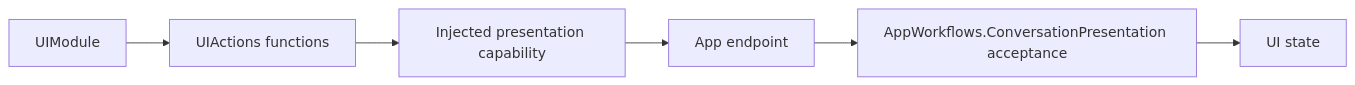
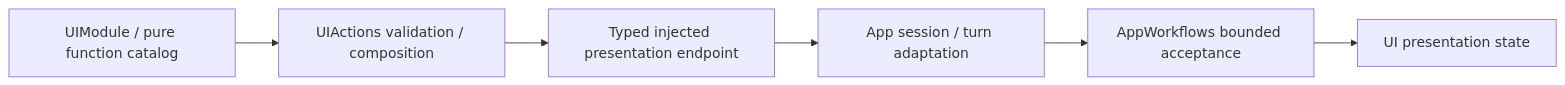
Before and after one commit to devilyouwei/MobileHarness: the diagram in MobileHarness/Actions/UI/Support/README.md, drawn with Mermaid. The commit also changed other lines of this file and 238 other files, not shown here.

````diff
--- a/MobileHarness/Actions/UI/Support/README.md
+++ b/MobileHarness/Actions/UI/Support/README.md
@@ -41,8 +9,8 @@
 ```mermaid
 flowchart LR
-    Module[UIModule] --> Entries[UIActions functions]
-    Entries --> Capability[Injected presentation capability]
-    Capability --> Adapter[App endpoint]
-    Adapter --> Policy[AppWorkflows.ConversationPresentation acceptance]
-    Policy --> State[UI state]
+    Module[UIModule / pure function catalog] --> Entries[UIActions validation / composition]
+    Entries --> Capability[Typed injected presentation endpoint]
+    Capability --> Adapter[App session / turn adaptation]
+    Adapter --> Policy[AppWorkflows bounded acceptance]
+    Policy --> State[UI presentation state]
 ```
````
